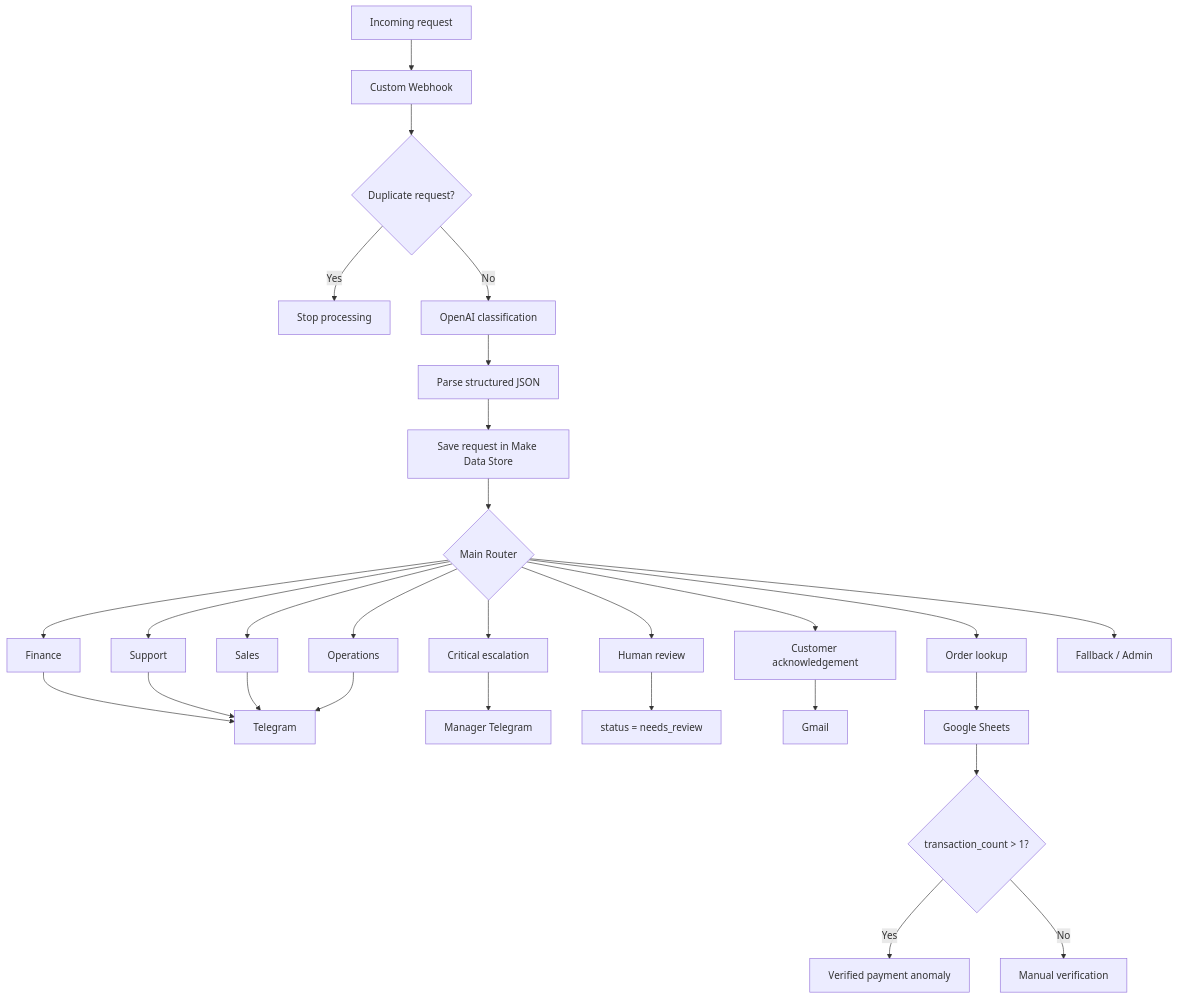
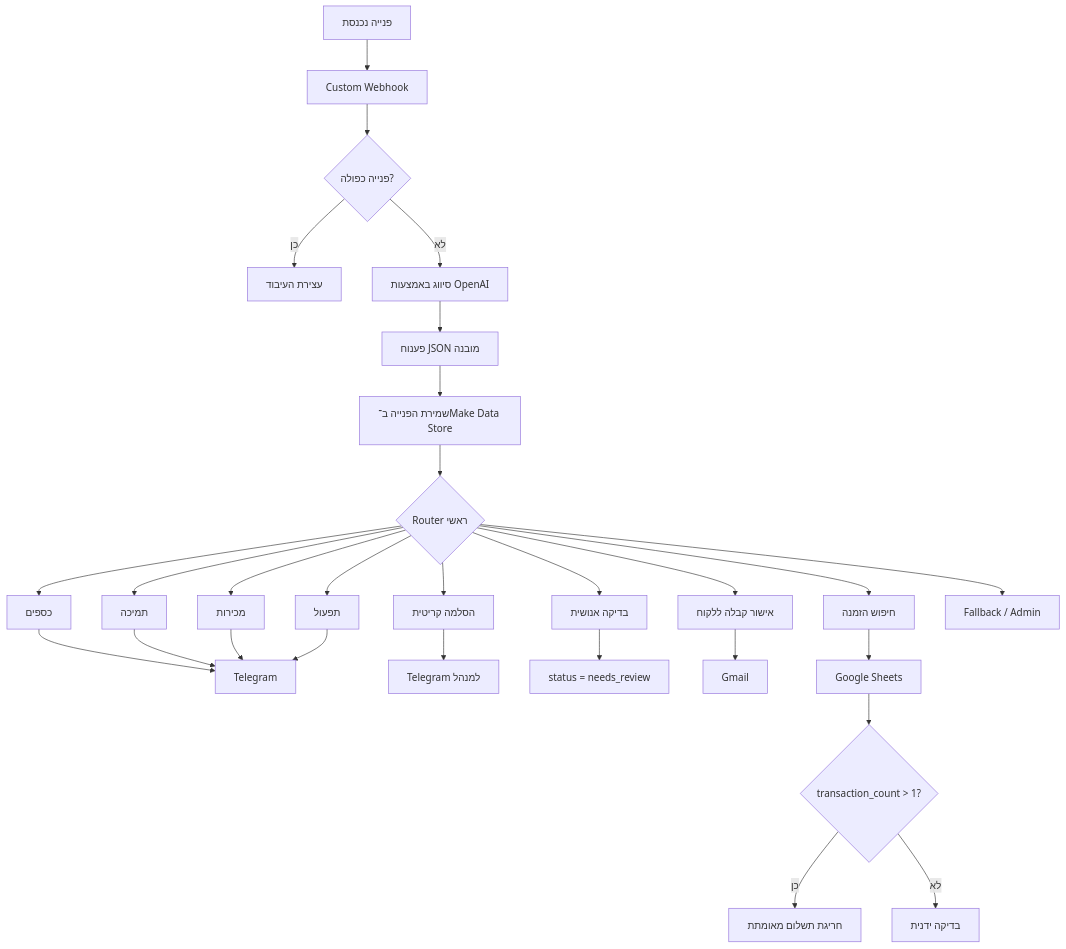
One commit to niv-levi/ai-operations-inbox changed the diagram in README.md. Above: the diagram before and after it, drawn with Mermaid. The commit also changed other lines of this file, not shown here.

````diff
--- a/README.md
+++ b/README.md
@@ -30,32 +30,32 @@
 ```mermaid
 flowchart TD
-    A[Incoming request] --> B[Custom Webhook]
-    B --> C{Duplicate request?}
-    C -->|Yes| D[Stop processing]
-    C -->|No| E[OpenAI classification]
-    E --> F[Parse structured JSON]
-    F --> G[Save request in Make Data Store]
-    G --> H{Main Router}
+    A[פנייה נכנסת] --> B[Custom Webhook]
+    B --> C{פנייה כפולה?}
+    C -->|כן| D[עצירת העיבוד]
+    C -->|לא| E[סיווג באמצעות OpenAI]
+    E --> F[פענוח JSON מובנה]
+    F --> G[שמירת הפנייה ב־Make Data Store]
+    G --> H{Router ראשי}
 
-    H --> I[Finance]
-    H --> J[Support]
-    H --> K[Sales]
-    H --> L[Operations]
-    H --> M[Critical escalation]
-    H --> N[Human review]
-    H --> O[Customer acknowledgement]
-    H --> P[Order lookup]
+    H --> I[כספים]
+    H --> J[תמיכה]
+    H --> K[מכירות]
+    H --> L[תפעול]
+    H --> M[הסלמה קריטית]
+    H --> N[בדיקה אנושית]
+    H --> O[אישור קבלה ללקוח]
+    H --> P[חיפוש הזמנה]
     H --> Q[Fallback / Admin]
 
     I --> R[Telegram]
     J --> R
     K --> R
     L --> R
-    M --> S[Manager Telegram]
+    M --> S[Telegram למנהל]
     N --> T[status = needs_review]
     O --> U[Gmail]
     P --> V[Google Sheets]
     V --> W{transaction_count > 1?}
-    W -->|Yes| X[Verified payment anomaly]
-    W -->|No| Y[Manual verification]
+    W -->|כן| X[חריגת תשלום מאומתת]
+    W -->|לא| Y[בדיקה ידנית]
 ```
````
